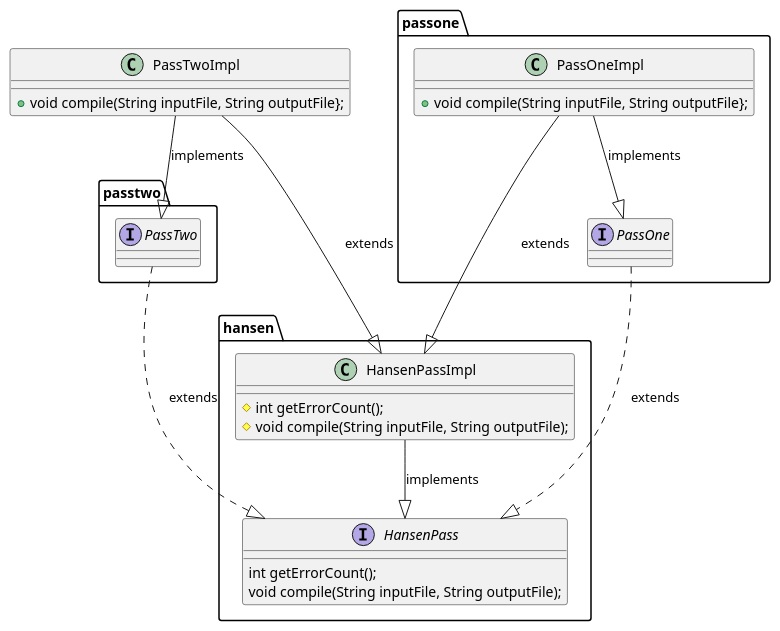
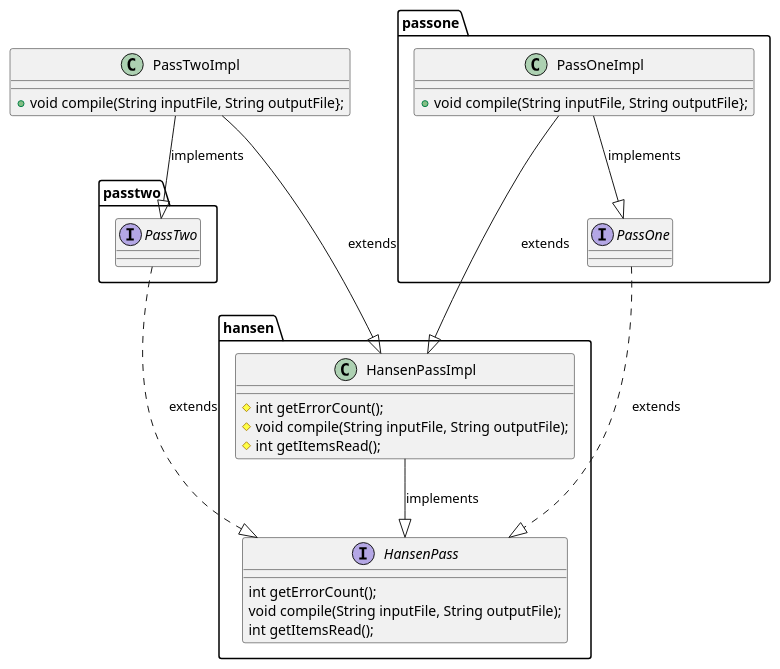
The diagram in src/main/resources/Diagrams/HansenPass.puml (carricksoft/Hansen), drawn with PlantUML before and after one commit. The commit also changed 6 other files, not shown here.

```diff
--- a/src/main/resources/Diagrams/HansenPass.puml
+++ b/src/main/resources/Diagrams/HansenPass.puml
@@ -1,58 +1,60 @@
 @startuml
 
 
 package hansen {
 
 interface HansenPass {
 int getErrorCount();
 void compile(String inputFile, String outputFile);
+int getItemsRead();
 }
 
 
 class HansenPassImpl {
 #int getErrorCount();
 #void compile(String inputFile, String outputFile);
+#int getItemsRead();
 }
 
 
 }
 
 package passone {
 
 interface PassOne {
 }
 
 
 class PassOneImpl{
 +void compile(String inputFile, String outputFile};
 }
 
 }
 
 
 package passtwo {
 
 interface PassTwo {
 }
 
 }
 
 class PassTwoImpl{
 +void compile(String inputFile, String outputFile};
 }
 
 
 
 HansenPassImpl --|> HansenPass: implements
 
 PassOneImpl --|> PassOne: implements
 PassOneImpl --|> HansenPassImpl: extends
 PassOne...|> HansenPass: extends
 
 PassTwoImpl --|> PassTwo: implements
 PassTwoImpl --|> HansenPassImpl: extends
 PassTwo...|> HansenPass: extends
 
 
 
 @enduml
```
